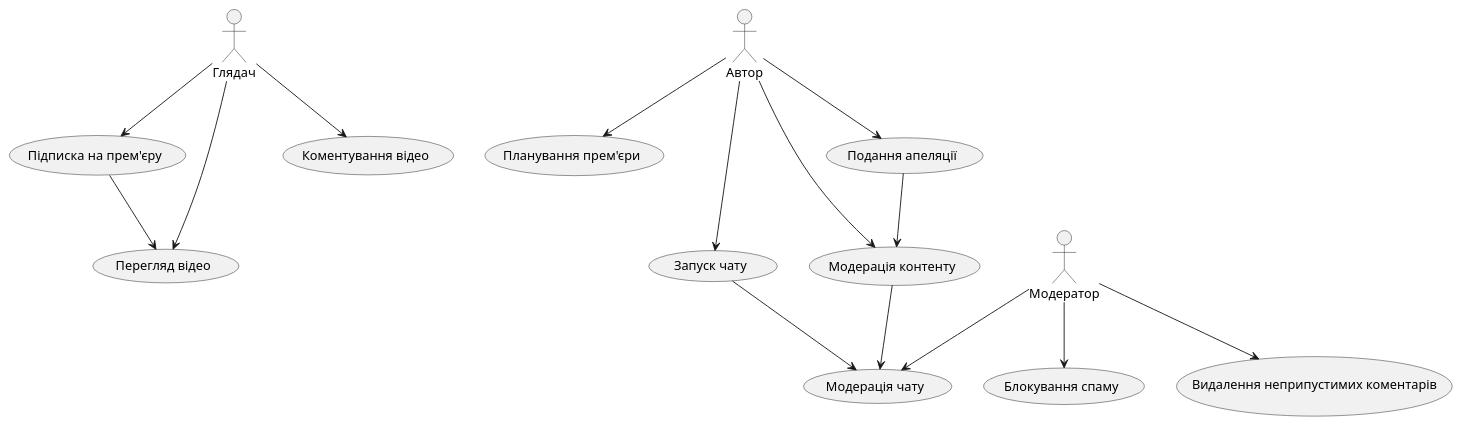
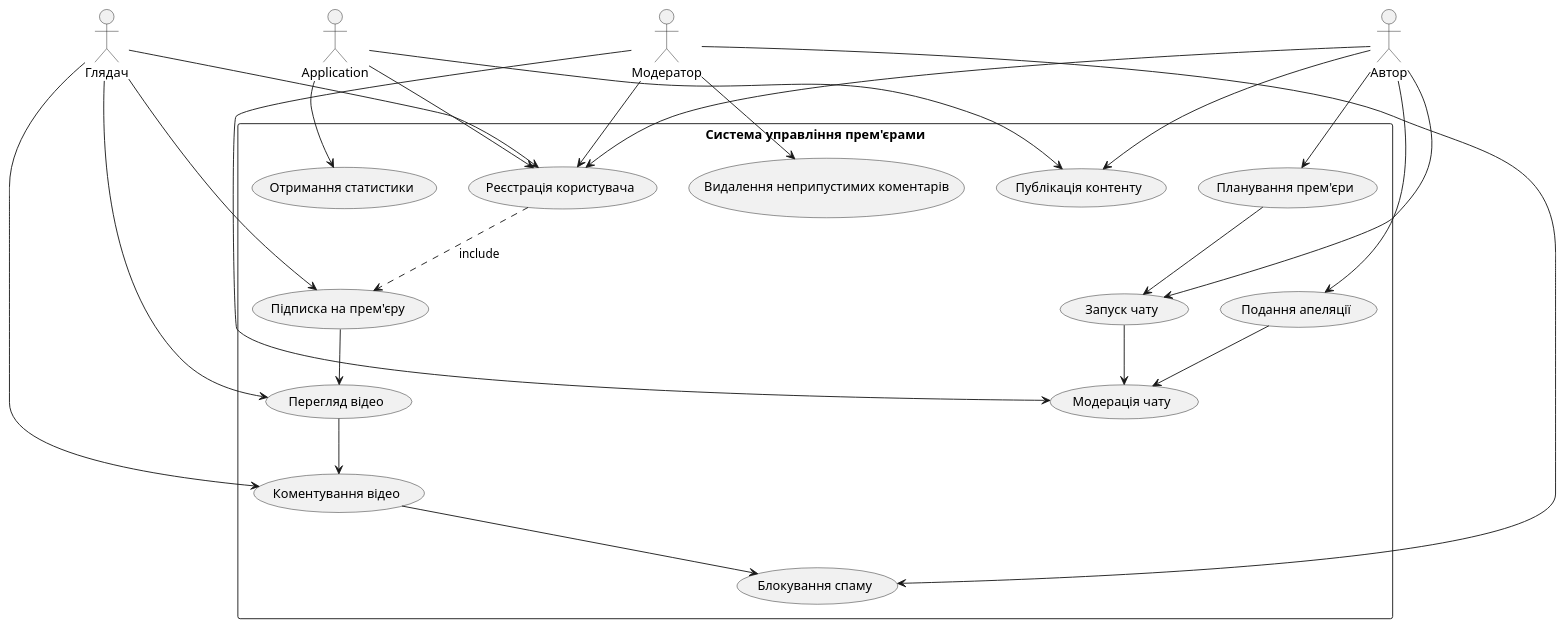
Before and after one commit to victoriamazurok/OOP: the diagram in docs/usecase.puml, drawn with PlantUML. The commit also changed 39 other files, not shown here.

```diff
--- a/docs/usecase.puml
+++ b/docs/usecase.puml
@@ -1,24 +1,50 @@
-@startuml
-actor Глядач as G
+@startuml UseCase_CSharp
+actor Application as APP
+actor Глядач as V
 actor Автор as A
 actor Модератор as M
 
-G --> (Підписка на прем'єру)
-G --> (Перегляд відео)
-G --> (Коментування відео)
+rectangle "Система управління прем'єрами" {
+    usecase "Реєстрація користувача" as UC1
+    usecase "Публікація контенту" as UC2
+    usecase "Планування прем'єри" as UC3
+    usecase "Запуск чату" as UC4
+    usecase "Підписка на прем'єру" as UC5
+    usecase "Перегляд відео" as UC6
+    usecase "Коментування відео" as UC7
+    usecase "Модерація чату" as UC8
+    usecase "Блокування спаму" as UC9
+    usecase "Видалення неприпустимих коментарів" as UC10
+    usecase "Подання апеляції" as UC11
+    usecase "Отримання статистики" as UC12
+}
 
-A --> (Планування прем'єри)
-A --> (Запуск чату)
-A --> (Модерація контенту)
-A --> (Подання апеляції)
+APP --> UC1
+APP --> UC2
+APP --> UC12
 
-M --> (Блокування спаму)
-M --> (Модерація чату)
-M --> (Видалення неприпустимих коментарів)
+V --> UC1
+V --> UC5
+V --> UC6
+V --> UC7
 
-(Підписка на прем'єру) --> (Перегляд відео)
-(Запуск чату) --> (Модерація чату)
-(Модерація контенту) --> (Модерація чату)
-(Подання апеляції) --> (Модерація контенту)
+A --> UC1
+A --> UC2
+A --> UC3
+A --> UC4
+A --> UC11
+
+M --> UC1
+M --> UC8
+M --> UC9
+M --> UC10
+
+UC1 ..> UC5 : include
+UC3 --> UC4
+UC4 --> UC8
+UC5 --> UC6
+UC6 --> UC7
+UC7 --> UC9
+UC11 --> UC8
 
 @enduml
```
